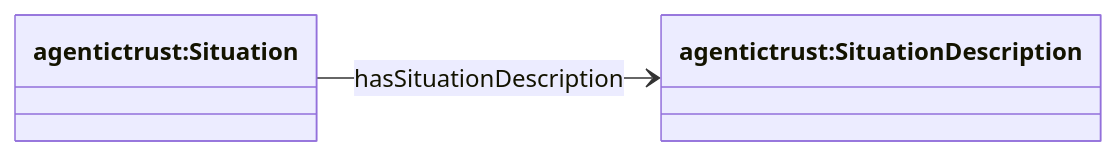
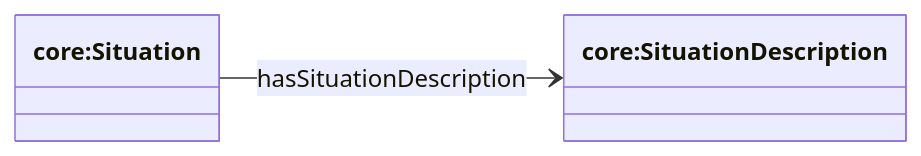
Before and after one commit to Agentic-Trust-Layer/agent-explorer: the second of 4 diagrams in docs/ontology/description.md, drawn with Mermaid. The commit also changed other lines of this file and 49 other files, not shown here.

````diff
--- a/docs/ontology/description.md
+++ b/docs/ontology/description.md
@@ -47,9 +47,9 @@
 ```mermaid
 classDiagram
 direction LR
 
-class Situation["agentictrust:Situation"]
-class SituationDescription["agentictrust:SituationDescription"]
+class Situation["core:Situation"]
+class SituationDescription["core:SituationDescription"]
 
 Situation --> SituationDescription : hasSituationDescription
 ```
````
